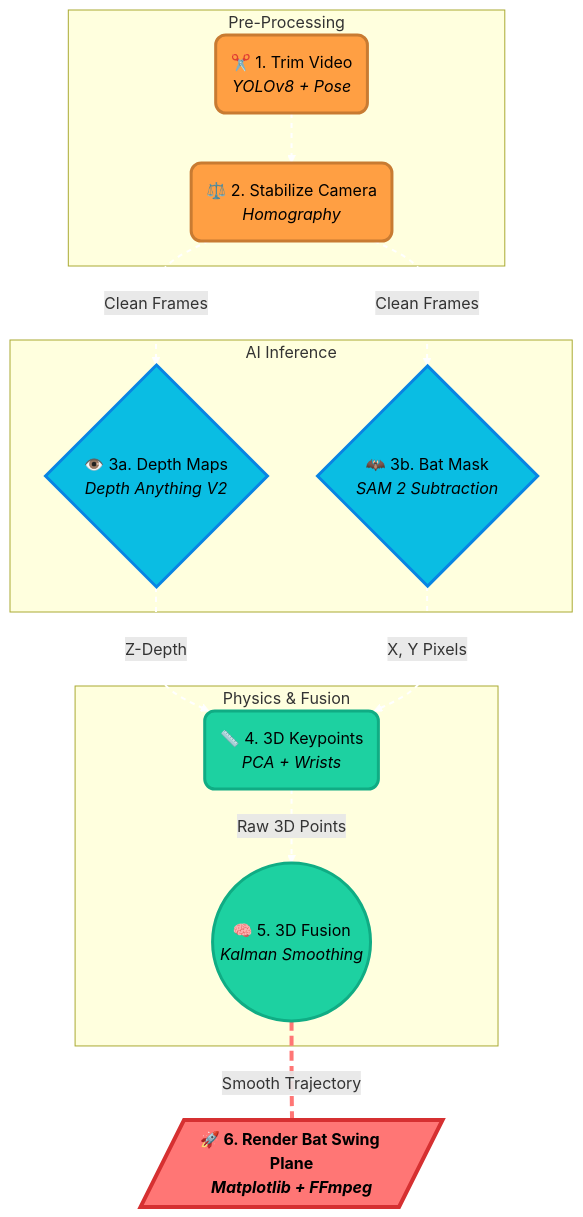
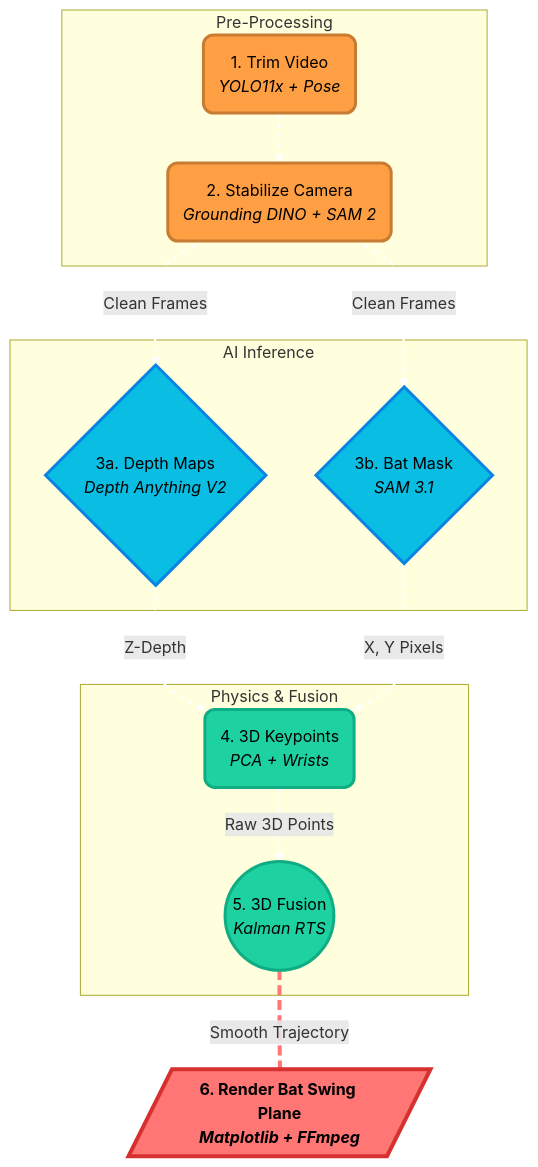
The fourth of 4 diagrams in pipeline_diagrams.md (adnanmsk/blog_privew), drawn with Mermaid before and after one commit. The commit also changed other lines of this file, not shown here.

Commit message:
Remove emojis and fix model names in diagram options

````diff
--- a/pipeline_diagrams.md
+++ b/pipeline_diagrams.md
@@ -115,29 +115,29 @@
 ```mermaid
 graph TD
     %% Custom Premium Styles
     classDef prep fill:#ff9f43,stroke:#c87b32,color:#000,stroke-width:3px,rx:10px,ry:10px;
     classDef infer fill:#0abde3,stroke:#0984e3,color:#000,stroke-width:3px,rx:10px,ry:10px;
     classDef phys fill:#1dd1a1,stroke:#10ac84,color:#000,stroke-width:3px,rx:10px,ry:10px;
     classDef out fill:#ff7675,stroke:#d63031,color:#000,stroke-width:4px,rx:15px,ry:15px,font-weight:bold;
 
     subgraph Pre-Processing
-        T("✂️ 1. Trim Video<br><i>YOLOv8 + Pose</i>"):::prep --> S("⚖️ 2. Stabilize Camera<br><i>Homography</i>"):::prep
+        T("1. Trim Video<br><i>YOLO11x + Pose</i>"):::prep --> S("2. Stabilize Camera<br><i>Grounding DINO + SAM 2</i>"):::prep
     end
     
     subgraph AI Inference
-        S -- "Clean Frames" --> D{"👁️ 3a. Depth Maps<br><i>Depth Anything V2</i>"}:::infer
-        S -- "Clean Frames" --> Seg{"🦇 3b. Bat Mask<br><i>SAM 2 Subtraction</i>"}:::infer
+        S -- "Clean Frames" --> D{"3a. Depth Maps<br><i>Depth Anything V2</i>"}:::infer
+        S -- "Clean Frames" --> Seg{"3b. Bat Mask<br><i>SAM 3.1</i>"}:::infer
     end
     
     subgraph Physics & Fusion
-        D -- "Z-Depth" --> K("📏 4. 3D Keypoints<br><i>PCA + Wrists</i>"):::phys
+        D -- "Z-Depth" --> K("4. 3D Keypoints<br><i>PCA + Wrists</i>"):::phys
         Seg -- "X, Y Pixels" --> K
-        K -- "Raw 3D Points" --> F(("🧠 5. 3D Fusion<br><i>Kalman Smoothing</i>")):::phys
+        K -- "Raw 3D Points" --> F(("5. 3D Fusion<br><i>Kalman RTS</i>")):::phys
     end
     
-    F == "Smooth Trajectory" === R[/"🚀 6. Render Bat Swing Plane<br><i>Matplotlib + FFmpeg</i>"/]:::out
+    F == "Smooth Trajectory" === R[/"6. Render Bat Swing Plane<br><i>Matplotlib + FFmpeg</i>"/]:::out
 
     %% Animated Dashed Flow Lines
     linkStyle 0,1,2,3,4,5 stroke:#fff,stroke-width:2px,stroke-dasharray: 5 5;
     linkStyle 6 stroke:#ff7675,stroke-width:4px,stroke-dasharray: 10 5;
 ```
````
